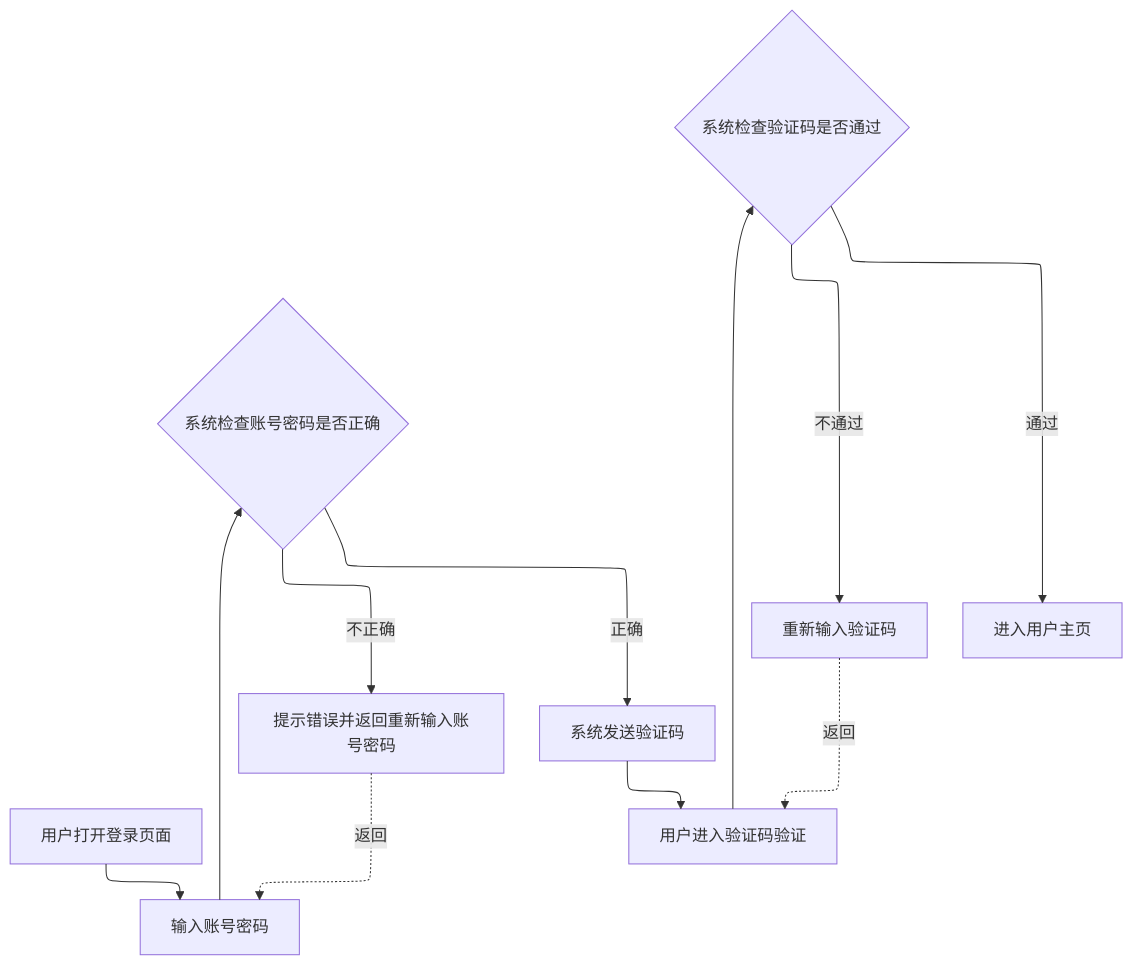
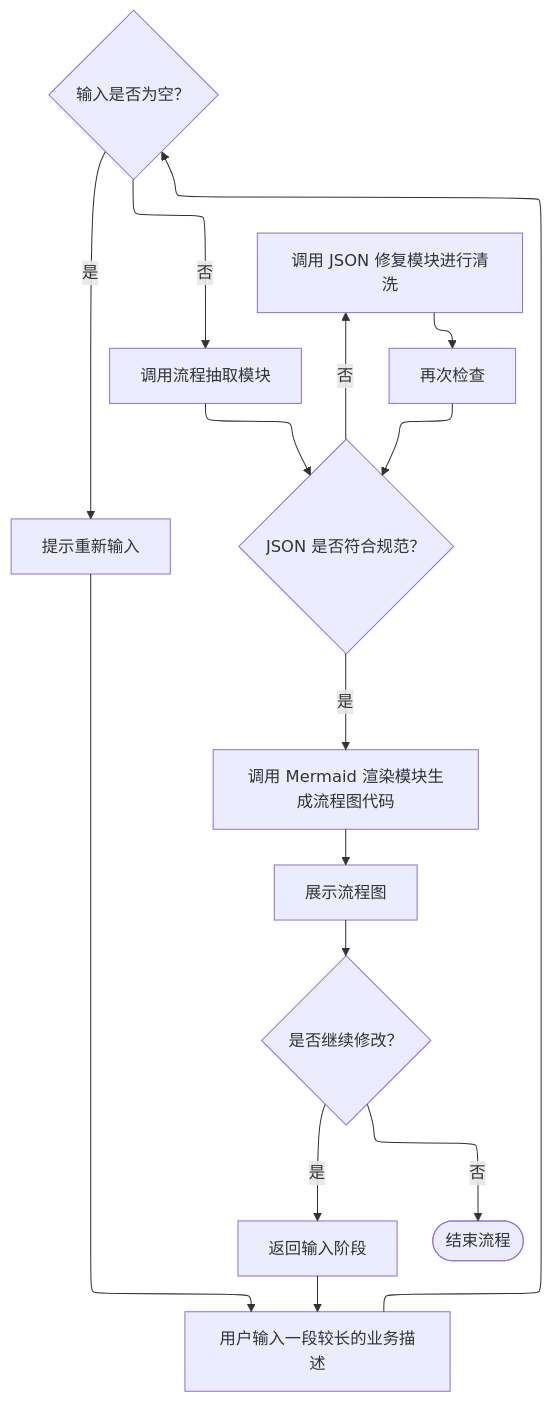
One commit to pujipia/Agent-Practise changed the diagram in diagrams/branch_flowchart.mmd. Above: the diagram before and after it, drawn with Mermaid. The commit also changed 4 other files, not shown here.

Commit message:
The 1st version which can output a structural flowchart through detailed Prompt

```diff
--- a/diagrams/branch_flowchart.mmd
+++ b/diagrams/branch_flowchart.mmd
@@ -1,22 +1,29 @@
 %%{init: {"flowchart": {"defaultRenderer": "elk"}}}%%
 flowchart TD
-A["用户打开登录页面"]
-B["输入账号密码"]
-C{"系统检查账号密码是否正确"}
-D["提示错误并返回重新输入账号密码"]
-E["系统发送验证码"]
-F["用户进入验证码验证"]
-G{"系统检查验证码是否通过"}
-H["重新输入验证码"]
-I["进入用户主页"]
+A["用户输入一段较长的业务描述"]
+B{"输入是否为空？"}
+C["提示重新输入"]
+D["调用流程抽取模块"]
+E{"JSON 是否符合规范？"}
+F["调用 JSON 修复模块进行清洗"]
+G["再次检查"]
+H["调用 Mermaid 渲染模块生成流程图代码"]
+I["展示流程图"]
+J{"是否继续修改？"}
+K["返回输入阶段"]
+L(["结束流程"])
 
 A --> B
-B --> C
-C -->|不正确| D
-C -->|正确| E
-E --> F
+B -->|是| C
+B -->|否| D
+C --> A
+D --> E
+E -->|否| F
+E -->|是| H
 F --> G
-G -->|不通过| H
-G -->|通过| I
-D -.->|返回| B
-H -.->|返回| F
+G --> E
+H --> I
+I --> J
+J -->|是| K
+J -->|否| L
+K --> A
```
